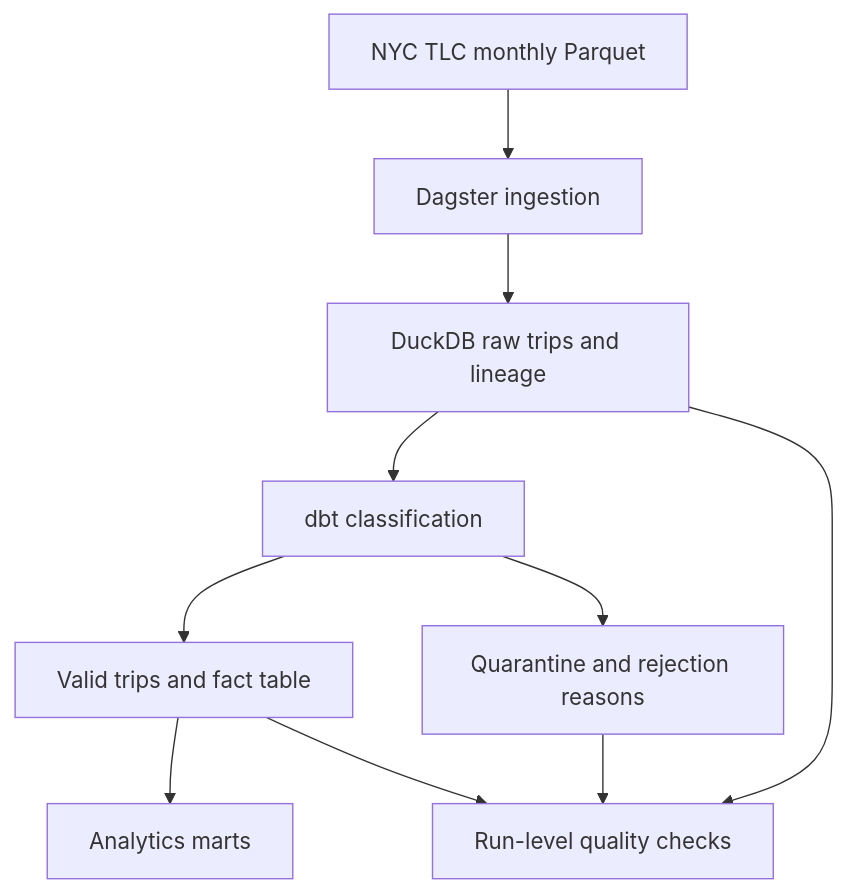
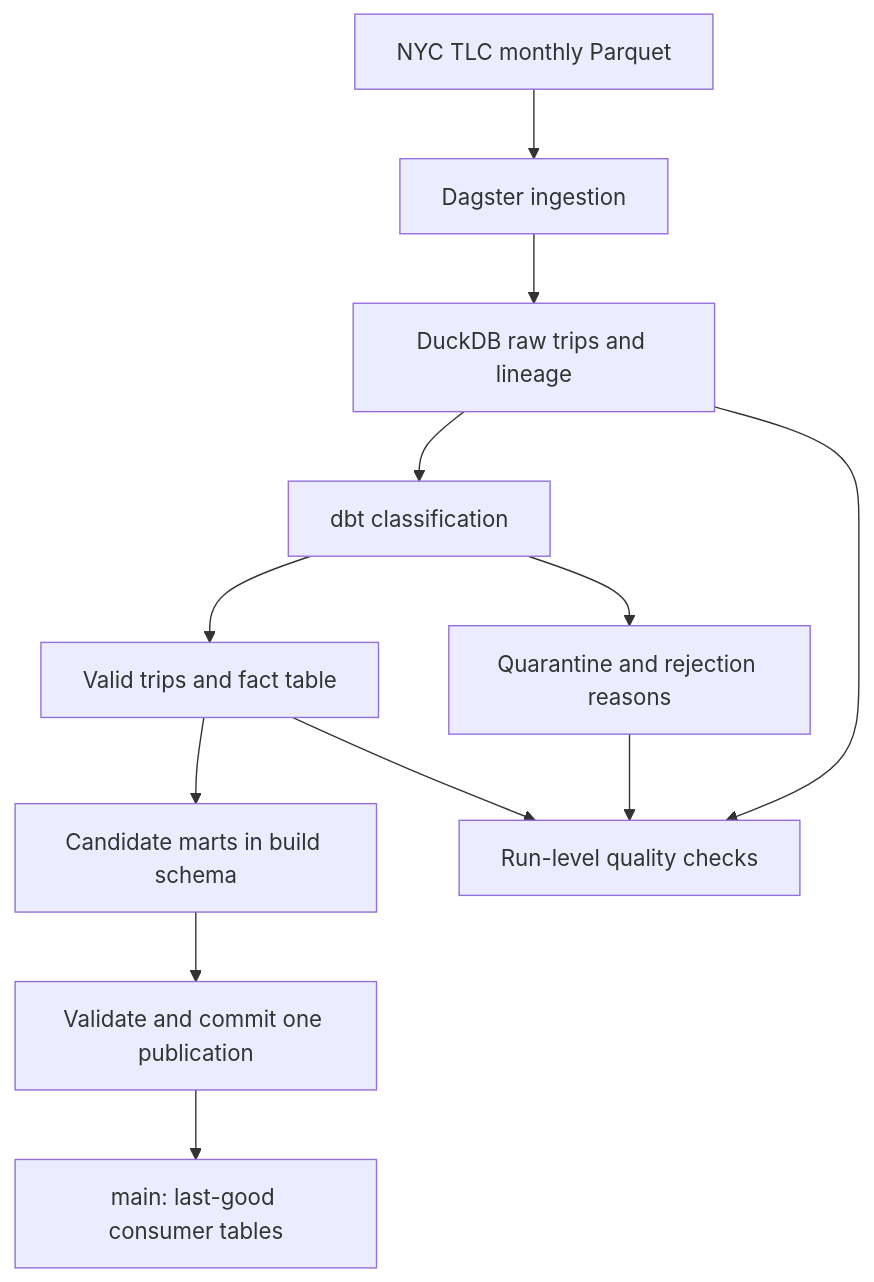
Before and after one commit to VasilenData/nyc-taxi-data-platform: the diagram in README.md, drawn with Mermaid. The commit also changed other lines of this file and 14 other files, not shown here.

First line of the commit message:
Publish validated marts as one DuckDB transaction (#5)

````diff
--- a/README.md
+++ b/README.md
@@ -32,12 +32,14 @@
 ```mermaid
 flowchart TD
     A["NYC TLC monthly Parquet"] --> B["Dagster ingestion"]
     B --> C["DuckDB raw trips and lineage"]
     C --> D["dbt classification"]
     D --> E["Valid trips and fact table"]
     D --> F["Quarantine and rejection reasons"]
-    E --> G["Analytics marts"]
+    E --> G["Candidate marts in build schema"]
+    G --> P["Validate and commit one publication"]
+    P --> O["main: last-good consumer tables"]
     C --> H["Run-level quality checks"]
     E --> H
     F --> H
 ```
````
